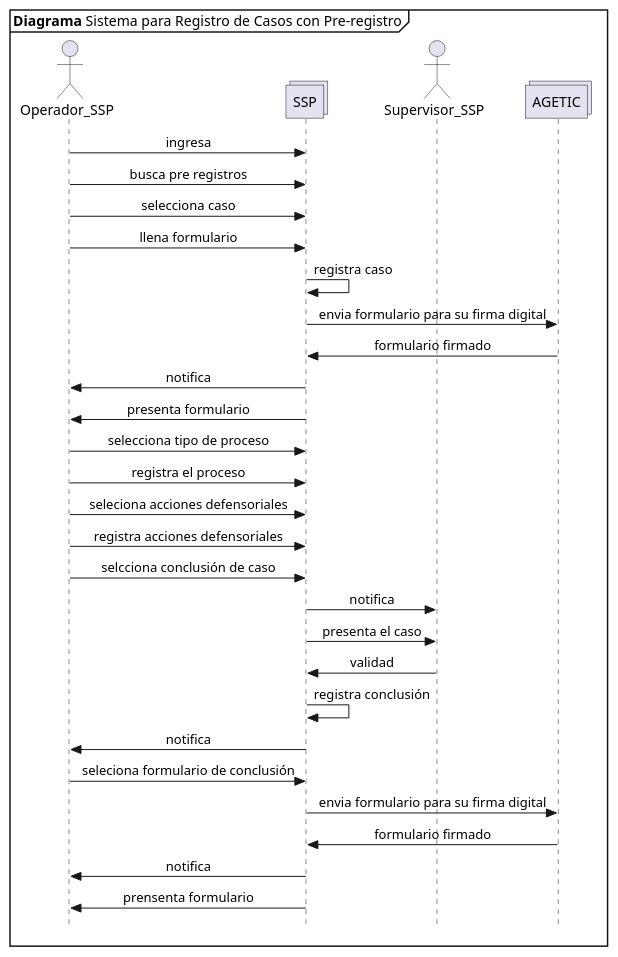
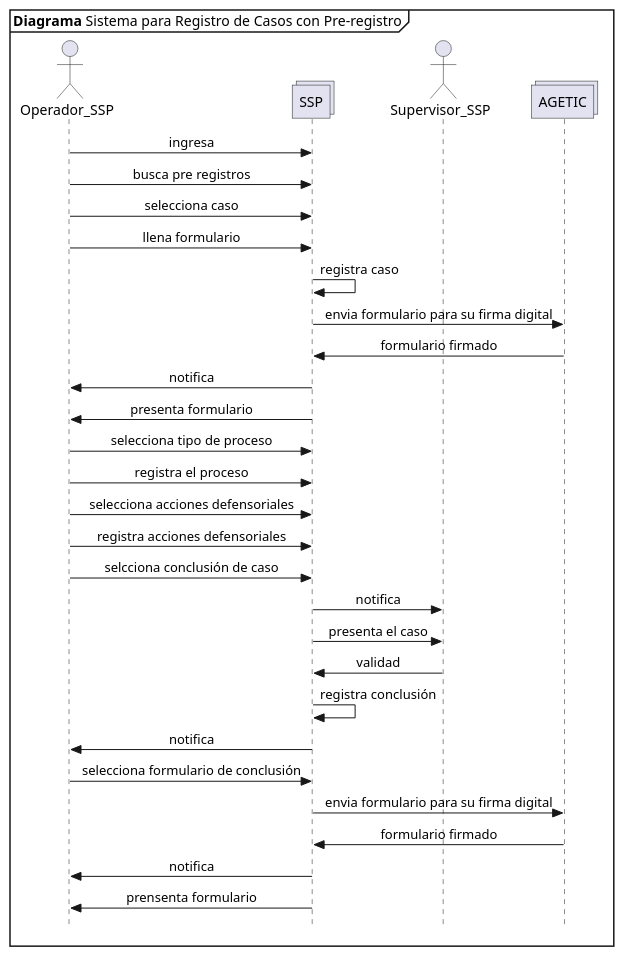
Before and after one commit to n1m0d0/defdiag: the diagram in propuesta SSP/06_1 registro de casos con pre registro.plantuml, drawn with PlantUML. The commit also changed 7 other files, not shown here.

```diff
--- a/propuesta SSP/06_1 registro de casos con pre registro.plantuml
+++ b/propuesta SSP/06_1 registro de casos con pre registro.plantuml
@@ -1,37 +1,37 @@
 @startuml Diagrama_Sistema
 skinparam Style strictuml
 skinparam SequenceMessageAlignment center
 
 mainframe **Diagrama** Sistema para Registro de Casos con Pre-registro
 
 actor Operador_SSP as opssp
 collections SSP
 actor Supervisor_SSP as supssp
 collections AGETIC as agetic
 
 opssp->SSP: ingresa
 opssp->SSP: busca pre registros
 opssp->SSP: selecciona caso
 opssp->SSP: llena formulario
 SSP->SSP: registra caso
 SSP->agetic: envia formulario para su firma digital
 agetic->SSP: formulario firmado 
 SSP->opssp: notifica
 SSP->opssp: presenta formulario
 opssp->SSP: selecciona tipo de proceso
 opssp->SSP: registra el proceso
-opssp->SSP: seleciona acciones defensoriales
+opssp->SSP: selecciona acciones defensoriales
 opssp->SSP: registra acciones defensoriales
 opssp->SSP: selcciona conclusión de caso
 SSP->supssp: notifica
 SSP->supssp: presenta el caso
 supssp->SSP: validad
 SSP->SSP: registra conclusión
 SSP->opssp: notifica
-opssp->SSP: seleciona formulario de conclusión
+opssp->SSP: selecciona formulario de conclusión
 SSP->agetic: envia formulario para su firma digital
 agetic->SSP: formulario firmado
 SSP->opssp: notifica
 SSP->opssp: prensenta formulario
 
 @enduml
```
